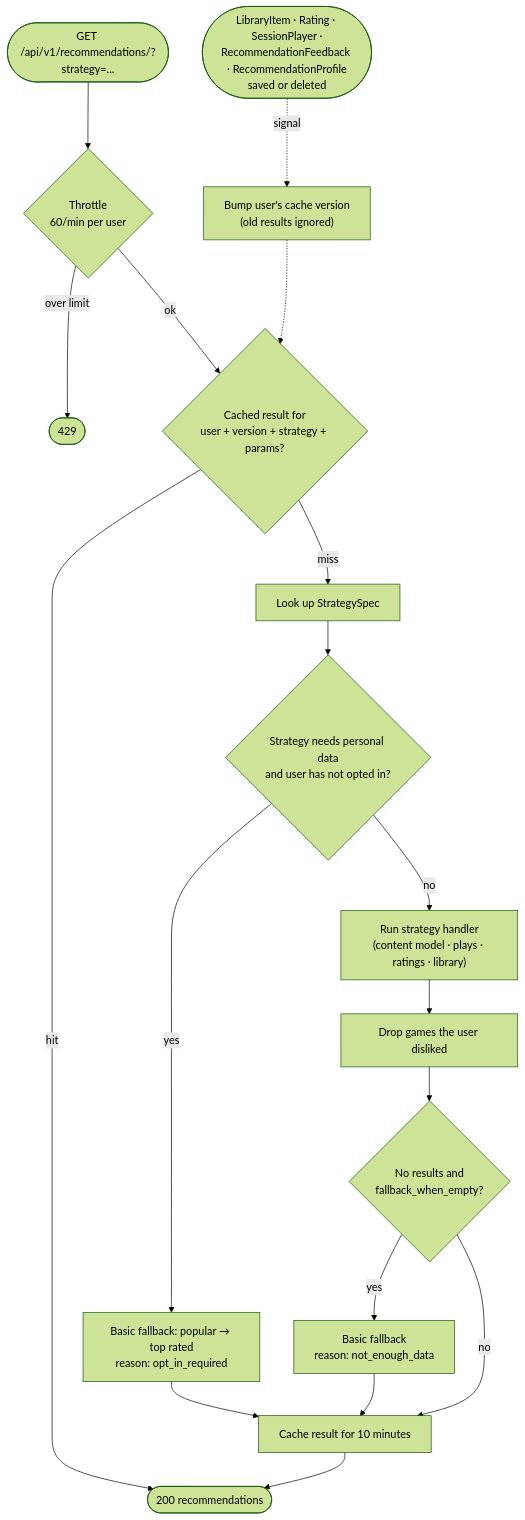
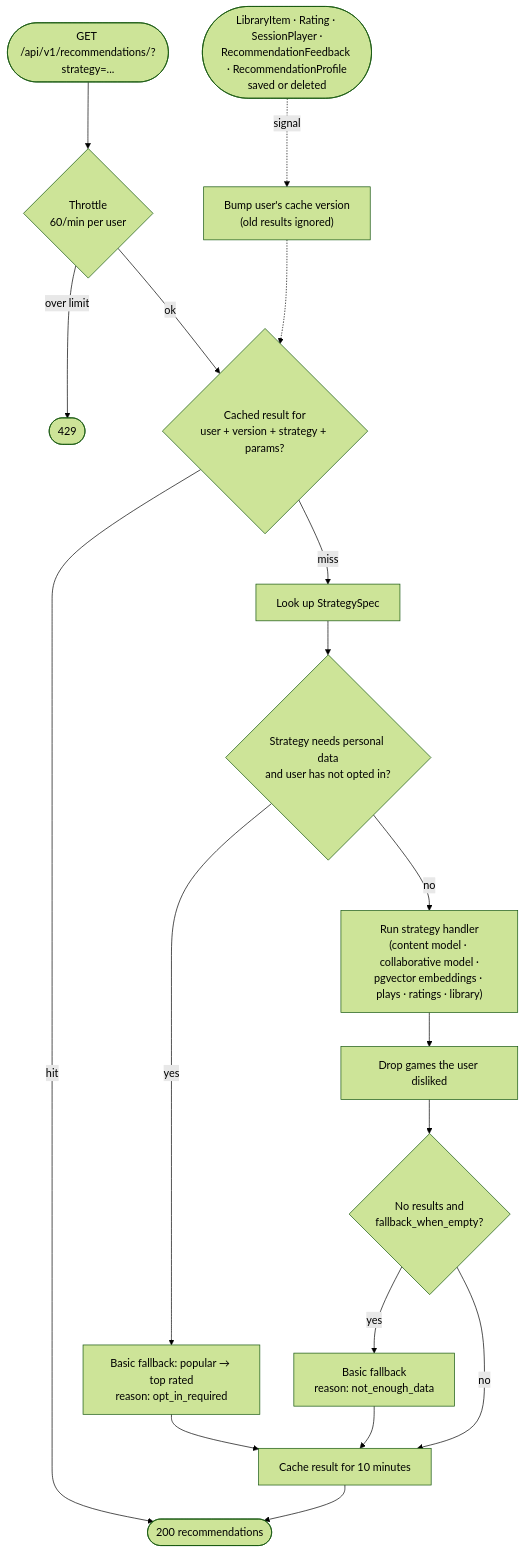
One commit to CS598SeniorDesign/CS598-Project changed diagram 12 of 13 in docs/ARCHITECTURE.md. Above: the diagram before and after it, drawn with Mermaid (forest theme). The commit also changed other lines of this file and 20 other files, not shown here.

````diff
--- a/docs/ARCHITECTURE.md
+++ b/docs/ARCHITECTURE.md
@@ -741,21 +741,21 @@
 ```mermaid
 flowchart TD
     start(["GET /api/v1/recommendations/?strategy=..."]) --> thr{"Throttle<br/>60/min per user"}
     thr -- "over limit" --> t429(["429"])
     thr -- "ok" --> cache{"Cached result for<br/>user + version + strategy + params?"}
     cache -- "hit" --> done(["200 recommendations"])
     cache -- "miss" --> spec["Look up StrategySpec"]
     spec --> consent{"Strategy needs personal data<br/>and user has not opted in?"}
     consent -- "yes" --> fallback["Basic fallback: popular → top rated<br/>reason: opt_in_required"]
-    consent -- "no" --> run["Run strategy handler<br/>(content model · plays · ratings · library)"]
+    consent -- "no" --> run["Run strategy handler<br/>(content model · collaborative model ·<br/>pgvector embeddings · plays · ratings · library)"]
     run --> filter["Drop games the user disliked"]
     filter --> empty{"No results and<br/>fallback_when_empty?"}
     empty -- "yes" --> fallback2["Basic fallback<br/>reason: not_enough_data"]
     empty -- "no" --> store["Cache result for 10 minutes"]
     fallback --> store
     fallback2 --> store
     store --> done
 
     change(["LibraryItem · Rating · SessionPlayer ·<br/>RecommendationFeedback · RecommendationProfile<br/>saved or deleted"]) -. "signal" .-> inv["Bump user's cache version<br/>(old results ignored)"]
     inv -.-> cache
 ```
````
